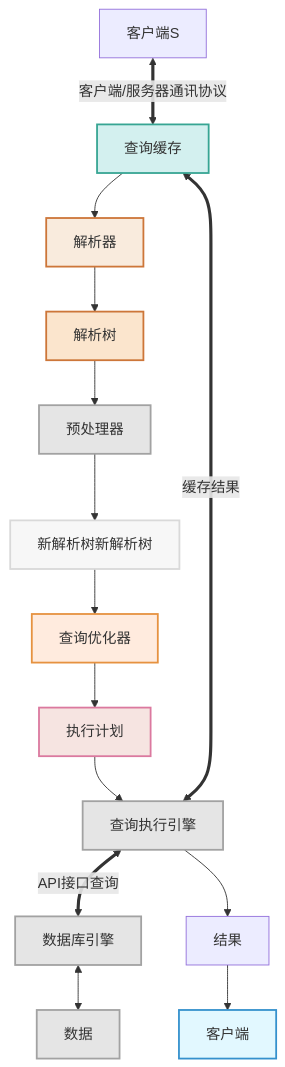
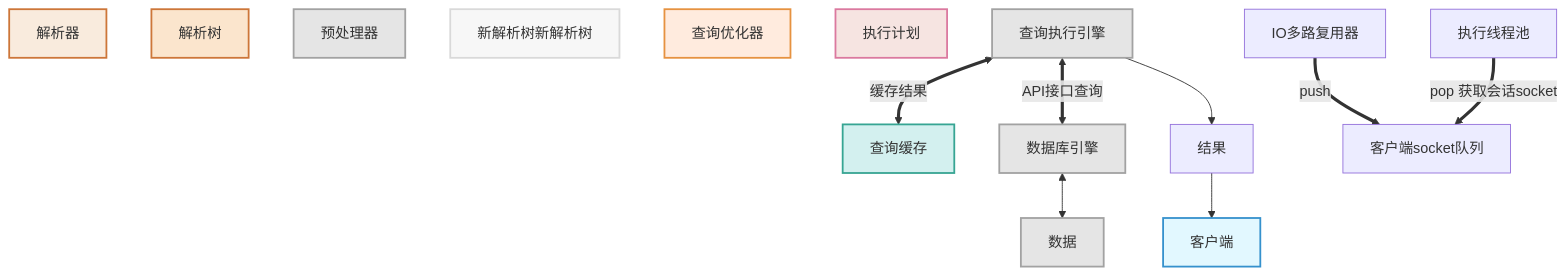
Before and after one commit to singerinsky/study_code: the diagram in src/doc/mysql_thread.md, drawn with Mermaid.

Commit message:
add mysql libclient

````diff
--- a/src/doc/mysql_thread.md
+++ b/src/doc/mysql_thread.md
@@ -3,21 +3,24 @@
 ```mermaid
 graph TB
     style 客户端 fill:#e2f8ff,stroke:#3591cd,stroke-width:2px;
     style 查询缓存 fill:#d3f0ef,stroke:#37a593,stroke-width:2px;
     style 解析器 fill:#f9ebdd,stroke:#cd7639,stroke-width:2px;
     style 解析树 fill:#fbe5cd,stroke:#cd7639,stroke-width:2px;
     style 预处理器 fill:#e5e5e5,stroke:#a2a2a2,stroke-width:2px;
     style 新解析树新解析树 fill:#f7f7f7,stroke:#d9d9d9,stroke-width:2px;
     style 查询优化器 fill:#ffebde,stroke:#e69240,stroke-width:2px;
     style 执行计划 fill:#f6e4e1,stroke:#db799f,stroke-width:2px;
     style 查询执行引擎 fill:#e5e5e5,stroke:#a2a2a2,stroke-width:2px;
     style 数据库引擎 fill:#e5e5e5,stroke:#a2a2a2,stroke-width:2px;
     style 数据 fill:#e5e5e5,stroke:#a2a2a2,stroke-width:2px;
 
-    客户端S <==客户端/服务器通讯协议==> 查询缓存-->解析器-->解析树-->预处理器-->新解析树新解析树-->查询优化器-->执行计划-->查询执行引擎    
+    IO多路复用器 == push==> 客户端socket队列
+
+    执行线程池==pop 获取会话socket==>客户端socket队列
+
     查询执行引擎<==缓存结果==>查询缓存
     查询执行引擎<==API接口查询==>数据库引擎<-->数据
     查询执行引擎-->结果-->客户端
 
 
 ```
````
